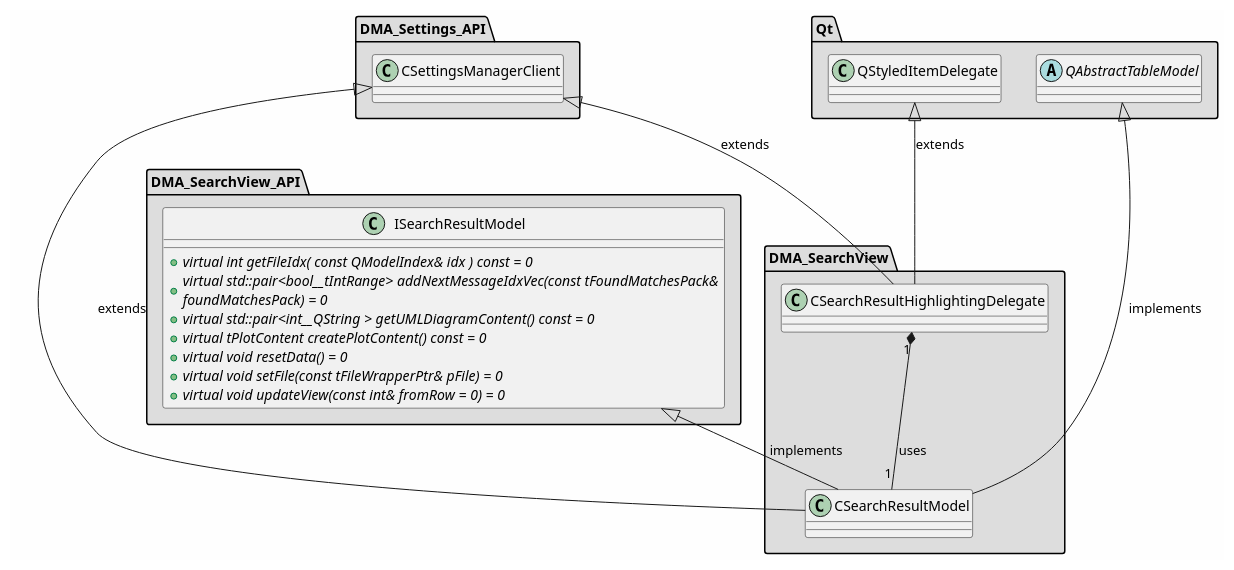
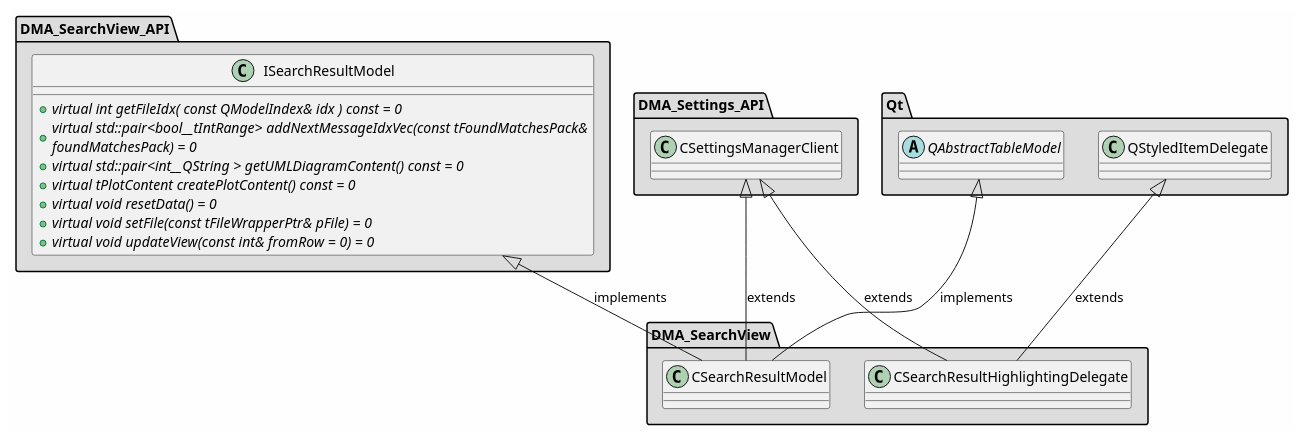
Before and after one commit to svlad-90/DLT-Message-Analyzer: the diagram in md/dev_docs/puml/DMA_SearchView_standalone.puml, drawn with PlantUML. The commit also changed 62 other files, not shown here.

```diff
--- a/md/dev_docs/puml/DMA_SearchView_standalone.puml
+++ b/md/dev_docs/puml/DMA_SearchView_standalone.puml
@@ -2,66 +2,63 @@
 @startuml
 
 skinparam backgroundColor #FEFEFE
 skinparam wrapWidth 600
 package "DMA_SearchView" #DDDDDD
 {
 
 class "CSearchResultHighlightingDelegate"
 {
 }
 
 class "CSearchResultModel"
 {
 }
 
 }
 
 package "DMA_SearchView_API" #DDDDDD
 {
 
 class "ISearchResultModel"
 {
     + {abstract} virtual int getFileIdx( const QModelIndex& idx ) const = 0
     + {abstract} virtual std::pair<bool__tIntRange> addNextMessageIdxVec(const tFoundMatchesPack& foundMatchesPack) = 0
     + {abstract} virtual std::pair<int__QString > getUMLDiagramContent() const = 0
     + {abstract} virtual tPlotContent createPlotContent() const = 0
     + {abstract} virtual void resetData() = 0
     + {abstract} virtual void setFile(const tFileWrapperPtr& pFile) = 0
     + {abstract} virtual void updateView(const int& fromRow = 0) = 0
 }
 
 }
 
 package "DMA_Settings_API" #DDDDDD
 {
 
 class "CSettingsManagerClient"
 {
 }
 
 }
 
 package "Qt" #DDDDDD
 {
 
 abstract class "QAbstractTableModel"
 {
 }
 
 class "QStyledItemDelegate"
 {
 }
 
 }
 
 '====================Inheritance section====================
 CSettingsManagerClient <|-- CSearchResultHighlightingDelegate : extends
 QStyledItemDelegate <|-- CSearchResultHighlightingDelegate : extends
 CSettingsManagerClient <|-- CSearchResultModel : extends
 ISearchResultModel <|-- CSearchResultModel : implements
 QAbstractTableModel <|-- CSearchResultModel : implements
 
-'====================Dependencies section====================
-CSearchResultHighlightingDelegate "1" *-- "1" CSearchResultModel : uses
-
 @enduml
```
